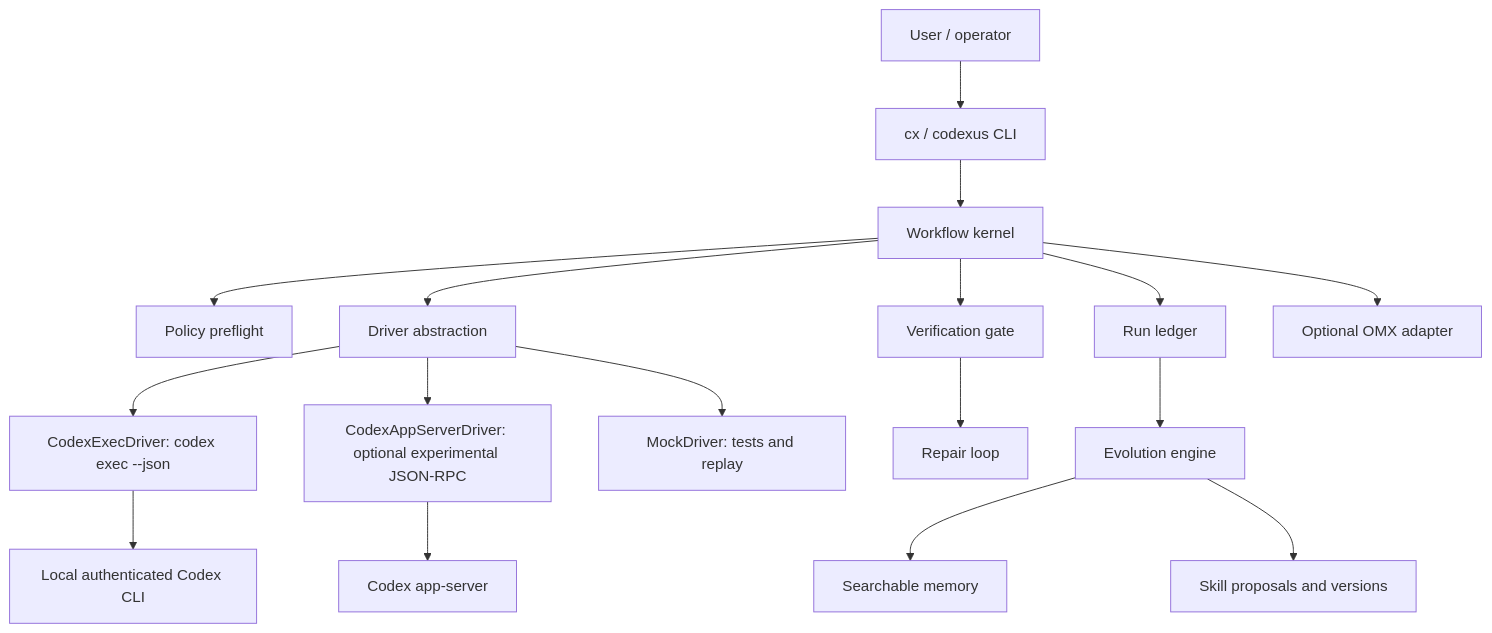
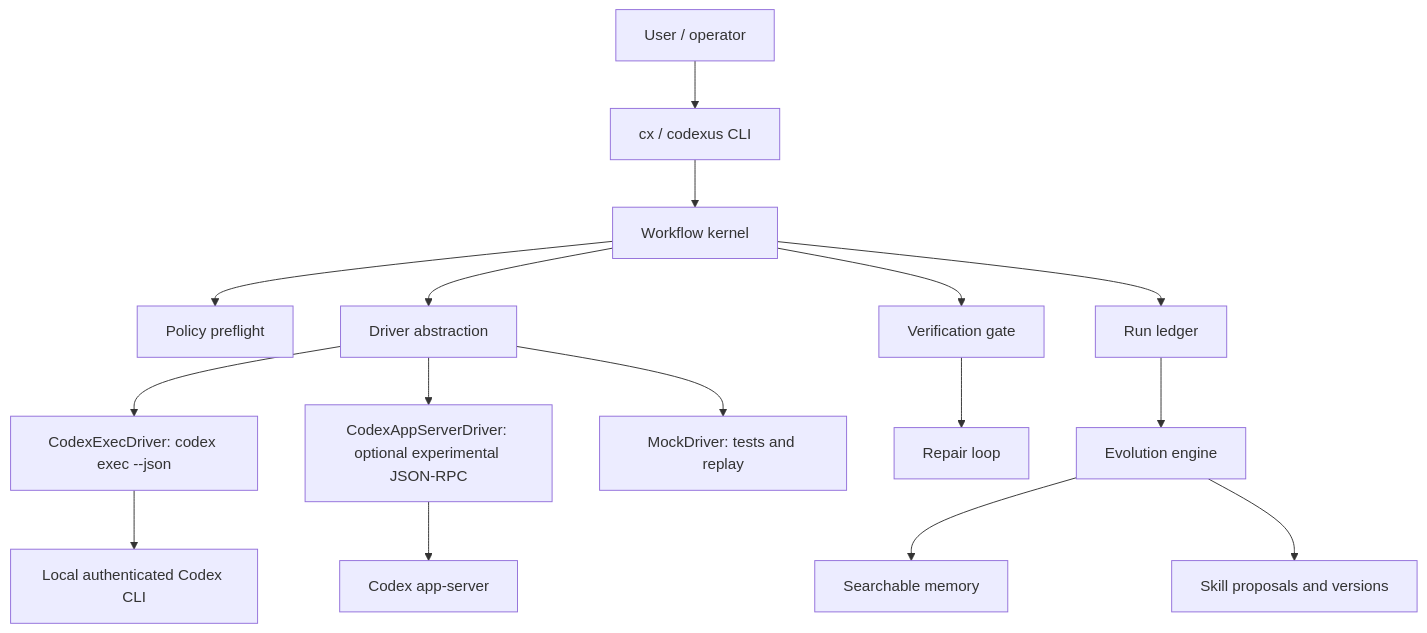
One commit to raeseoklee/codexus changed the diagram in docs/design/01-architecture.md. Above: the diagram before and after it, drawn with Mermaid. The commit also changed other lines of this file and 44 other files, not shown here.

````diff
--- a/docs/design/01-architecture.md
+++ b/docs/design/01-architecture.md
@@ -89,19 +87,18 @@
 ```mermaid
 flowchart TD
   User["User / operator"] --> CLI["cx / codexus CLI"]
   CLI --> Kernel["Workflow kernel"]
   Kernel --> Policy["Policy preflight"]
   Kernel --> Driver["Driver abstraction"]
   Driver --> CodexExec["CodexExecDriver: codex exec --json"]
   Driver --> AppServer["CodexAppServerDriver: optional experimental JSON-RPC"]
   Driver --> Mock["MockDriver: tests and replay"]
   CodexExec --> Codex["Local authenticated Codex CLI"]
   AppServer --> CodexApp["Codex app-server"]
   Kernel --> Ledger["Run ledger"]
   Kernel --> Verify["Verification gate"]
   Verify --> Repair["Repair loop"]
   Ledger --> Evolution["Evolution engine"]
   Evolution --> Memory["Searchable memory"]
   Evolution --> Skills["Skill proposals and versions"]
-  Kernel --> Omx["Optional OMX adapter"]
 ```
````
